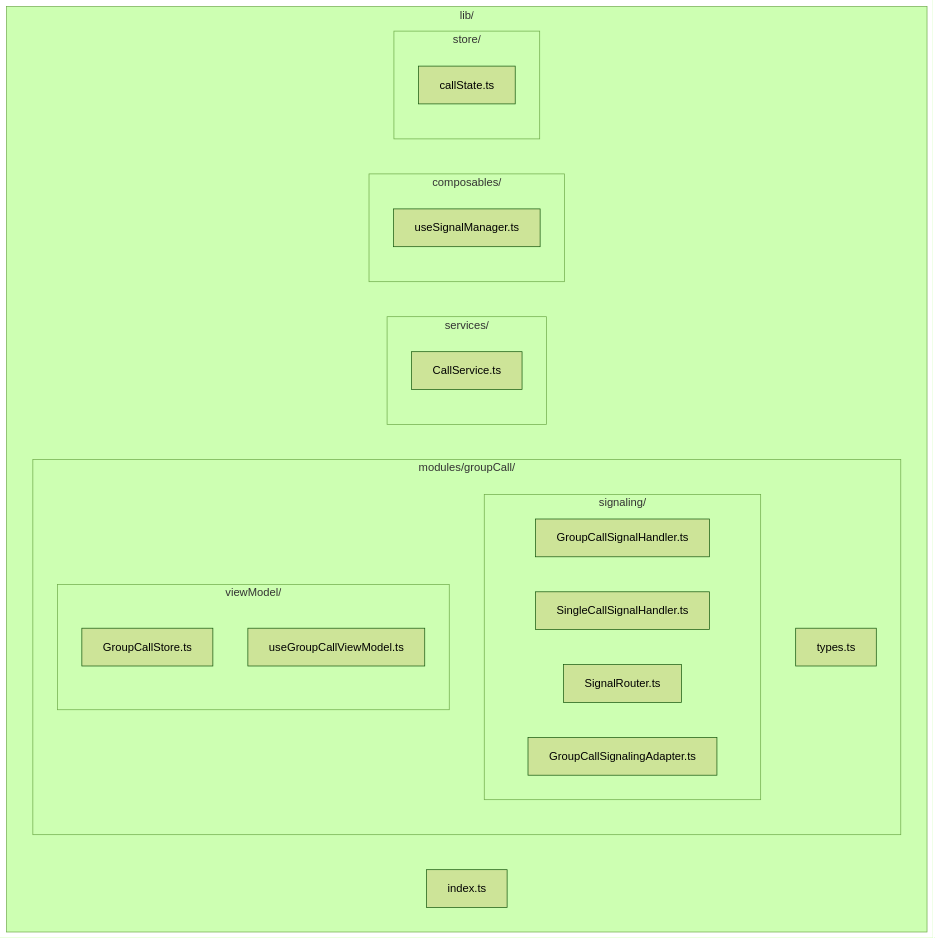
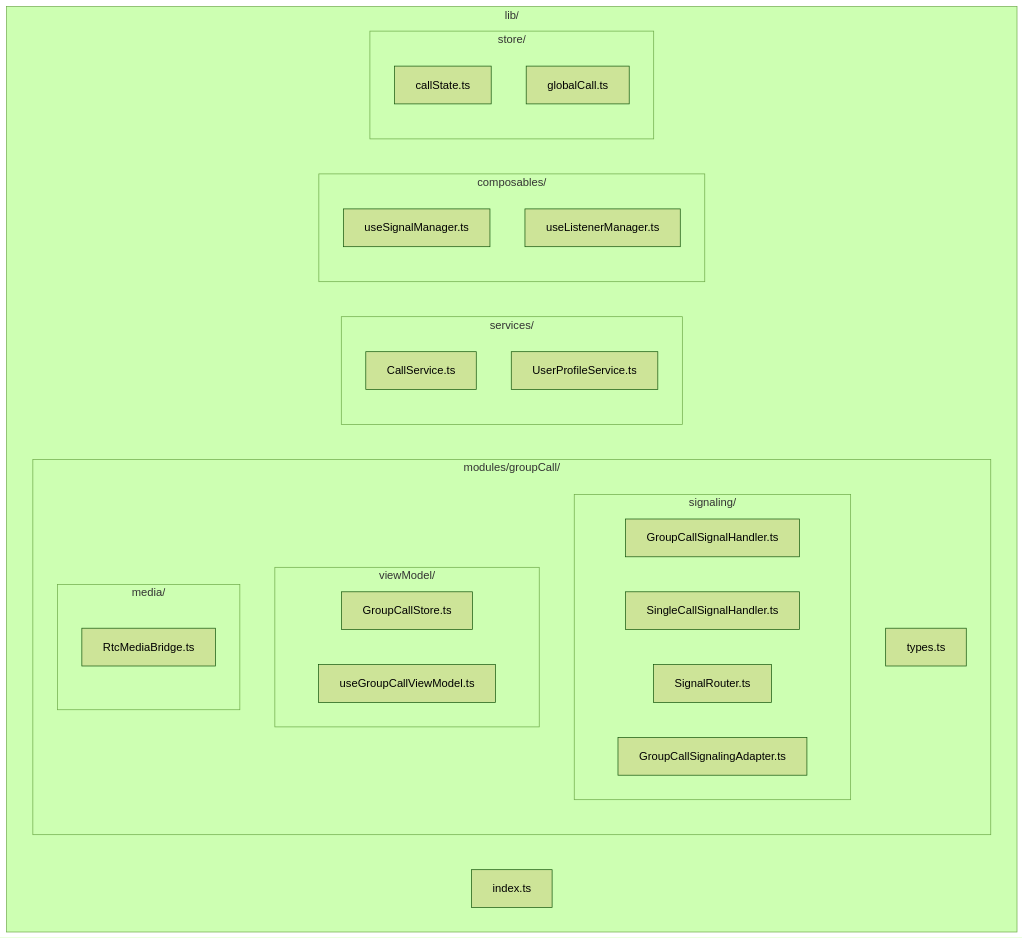
The first of 14 diagrams in .qoder/repowiki/zh/content/高级功能/群组通话信号处理器.md (Easemob-Community/easemob-uikit-callkit-vue3), drawn with Mermaid (forest theme) before and after one commit. The commit also changed other lines of this file and 15 other files, not shown here.

````diff
--- a/.qoder/repowiki/zh/content/高级功能/群组通话信号处理器.md
+++ b/.qoder/repowiki/zh/content/高级功能/群组通话信号处理器.md
@@ -41,30 +56,36 @@
 ```mermaid
 graph TB
 subgraph "lib/"
 subgraph "signaling/"
 GCH[GroupCallSignalHandler.ts]
 SCH[SingleCallSignalHandler.ts]
 SR[SignalRouter.ts]
 end
 subgraph "modules/groupCall/"
 subgraph "viewModel/"
 GCS[GroupCallStore.ts]
 UGCV[useGroupCallViewModel.ts]
 end
 subgraph "signaling/"
 GSA[GroupCallSignalingAdapter.ts]
 end
+subgraph "media/"
+RMB[RtcMediaBridge.ts]
+end
 TYPES[types.ts]
 end
 subgraph "services/"
 CS[CallService.ts]
+UPS[UserProfileService.ts]
 end
 subgraph "composables/"
 USM[useSignalManager.ts]
+ULM[useListenerManager.ts]
 end
 subgraph "store/"
 CS2[callState.ts]
+GCS3[globalCall.ts]
 end
 INDEX[index.ts]
 end
 ```
````
